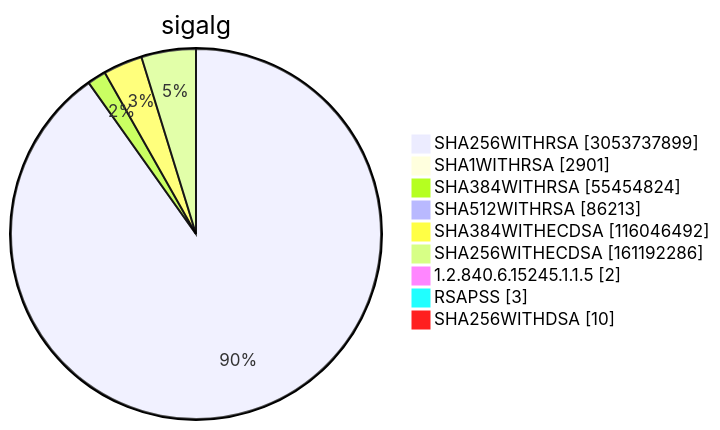
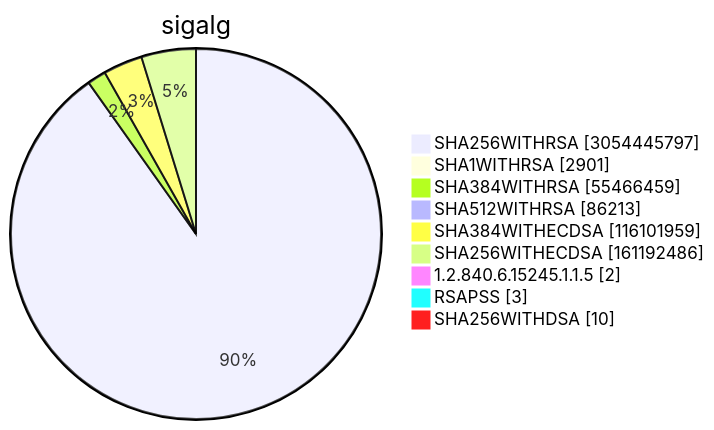
Diagram 15 of 15 in TOTAL/README.md (christiankrug/ctmonitor_visualization), drawn with Mermaid before and after one commit. The commit also changed other lines of this file, not shown here.

````diff
--- a/TOTAL/README.md
+++ b/TOTAL/README.md
@@ -6209,13 +6209,13 @@
 ```mermaid
 pie showData
 title sigalg
-"SHA256WITHRSA" :3053737899
+"SHA256WITHRSA" :3054445797
 "SHA1WITHRSA" :2901
-"SHA384WITHRSA" :55454824
+"SHA384WITHRSA" :55466459
 "SHA512WITHRSA" :86213
-"SHA384WITHECDSA" :116046492
-"SHA256WITHECDSA" :161192286
+"SHA384WITHECDSA" :116101959
+"SHA256WITHECDSA" :161192486
 "1.2.840.6.15245.1.1.5" :2
 "RSAPSS" :3
 "SHA256WITHDSA" :10
 ```
````
